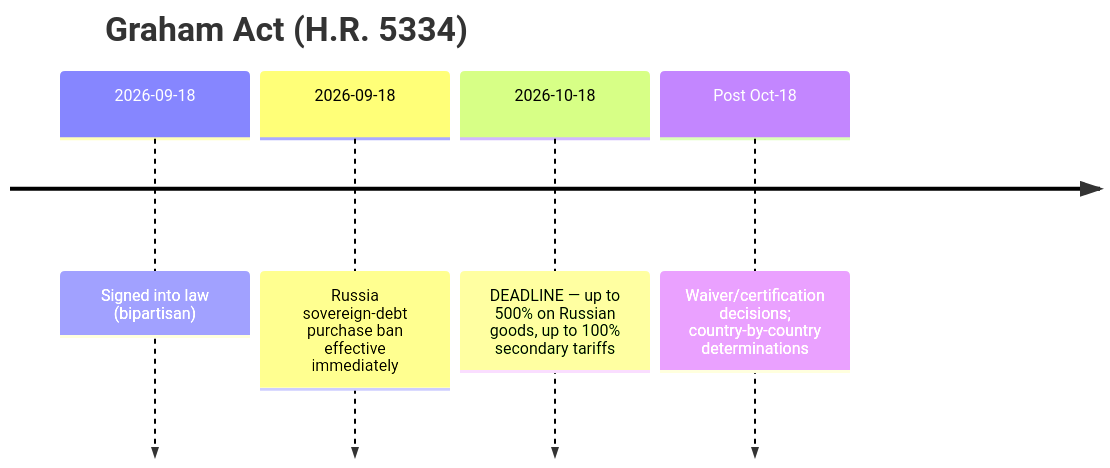
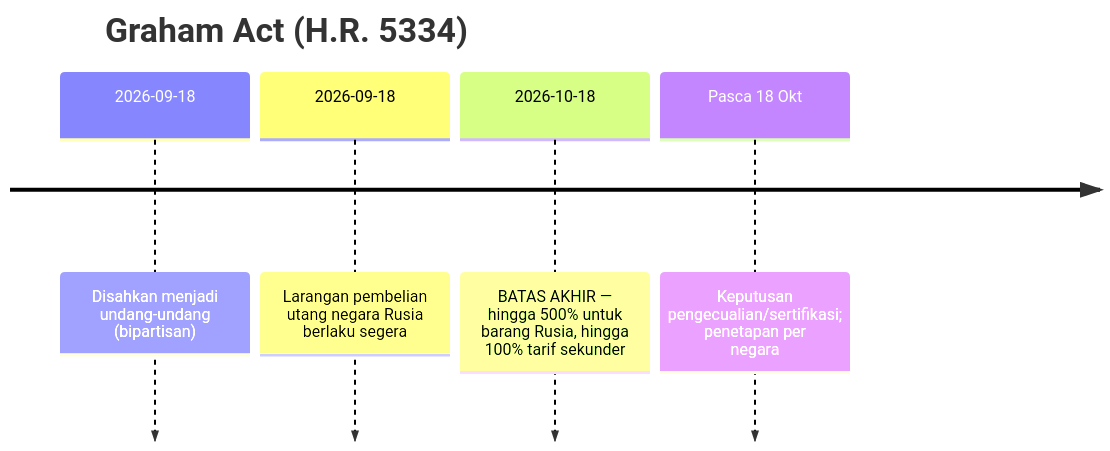
One commit to dureach/research changed the second of 3 diagrams in Global-Trade-Intelligence-weekly-2026-10-05/index.id.md. Above: the diagram before and after it, drawn with Mermaid. The commit also changed other lines of this file and 5 other files, not shown here.

Commit message:
Translate mermaid diagram labels in all 6 languages

````diff
--- a/Global-Trade-Intelligence-weekly-2026-10-05/index.id.md
+++ b/Global-Trade-Intelligence-weekly-2026-10-05/index.id.md
@@ -373,8 +373,8 @@
 ```mermaid
 timeline
     title Graham Act (H.R. 5334)
-    2026-09-18 : Signed into law (bipartisan)
-    2026-09-18 : Russia sovereign-debt purchase ban effective immediately
-    2026-10-18 : DEADLINE — up to 500% on Russian goods, up to 100% secondary tariffs
-    Post Oct-18 : Waiver/certification decisions; country-by-country determinations
+    2026-09-18 : Disahkan menjadi undang-undang (bipartisan)
+    2026-09-18 : Larangan pembelian utang negara Rusia berlaku segera
+    2026-10-18 : BATAS AKHIR — hingga 500% untuk barang Rusia, hingga 100% tarif sekunder
+    Pasca 18 Okt : Keputusan pengecualian/sertifikasi; penetapan per negara
 ```
````
